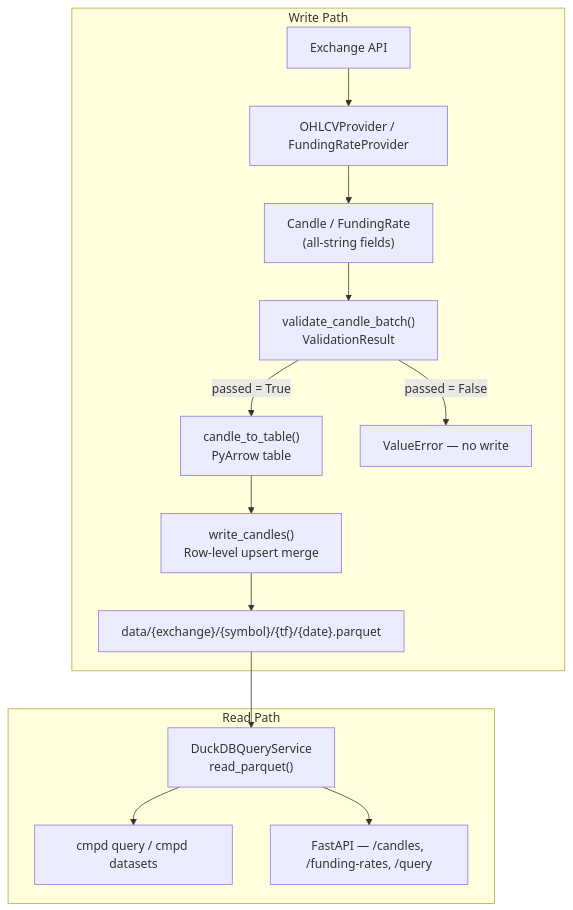
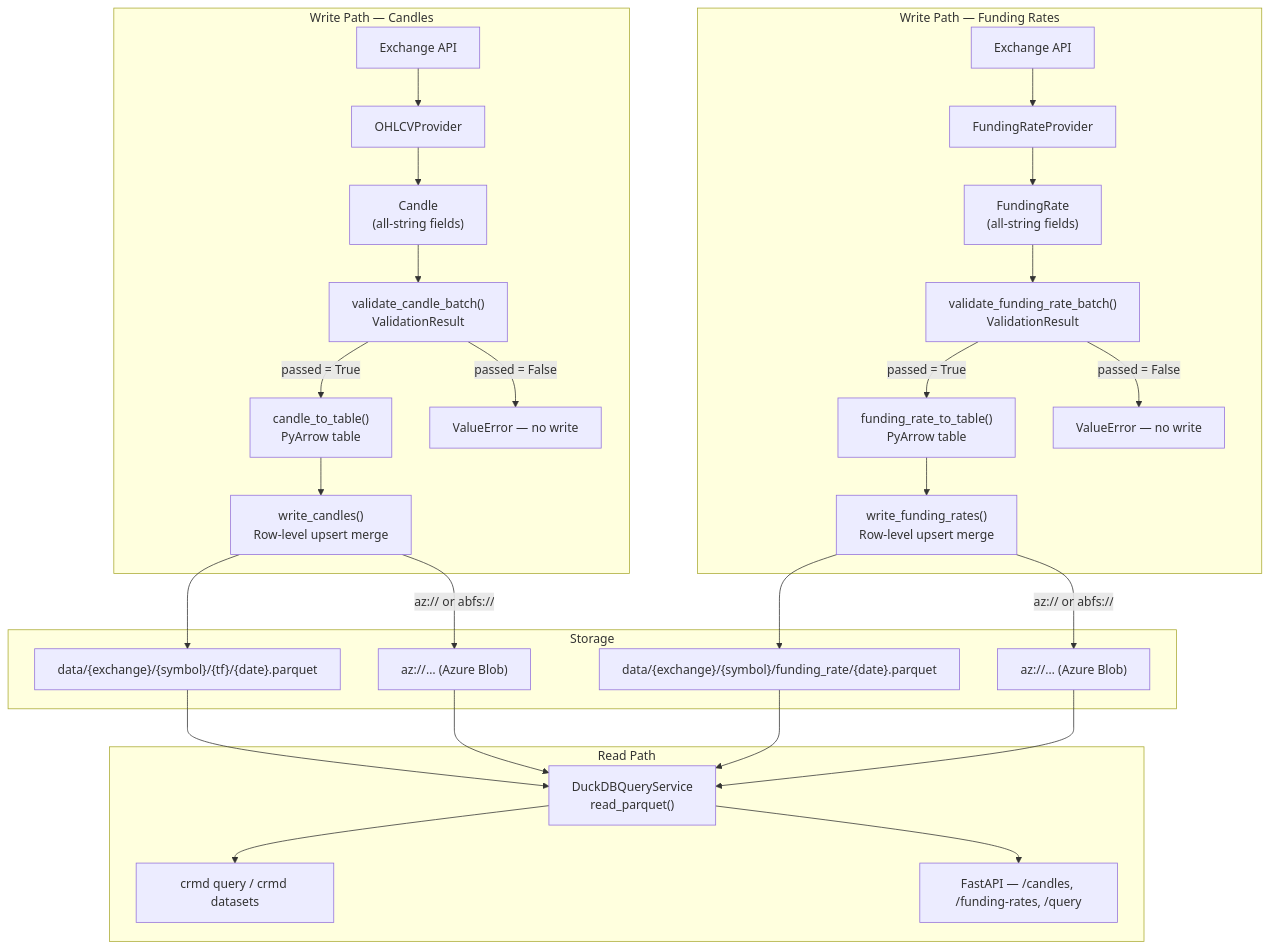
One commit to bigmikecreates/crypto-market-data-platform changed the diagram in docs/architecture.md. Above: the diagram before and after it, drawn with Mermaid. The commit also changed other lines of this file and 145 other files, not shown here.

First line of the commit message:
feat: rename cmpd → crmd_platform, add infra/auth/security, fix docs drift

````diff
--- a/docs/architecture.md
+++ b/docs/architecture.md
@@ -7,18 +7,40 @@
 ```mermaid
 graph TD
-    subgraph "Write Path"
-        P["Exchange API"] --> A["OHLCVProvider / FundingRateProvider"]
-        A --> B["Candle / FundingRate\n(all-string fields)"]
-        B --> C["validate_candle_batch()\nValidationResult"]
-        C -- "passed = True" --> D["candle_to_table()\nPyArrow table"]
-        C -- "passed = False" --> E["ValueError — no write"]
-        D --> F["write_candles()\nRow-level upsert merge"]
-        F --> G["data/{exchange}/{symbol}/{tf}/{date}.parquet"]
+    subgraph "Write Path — Candles"
+        P1["Exchange API"] --> A1["OHLCVProvider"]
+        A1 --> B1["Candle\n(all-string fields)"]
+        B1 --> C1["validate_candle_batch()\nValidationResult"]
+        C1 -- "passed = True" --> D1["candle_to_table()\nPyArrow table"]
+        C1 -- "passed = False" --> E1["ValueError — no write"]
+        D1 --> F1["write_candles()\nRow-level upsert merge"]
+    end
+
+    subgraph "Write Path — Funding Rates"
+        P2["Exchange API"] --> A2["FundingRateProvider"]
+        A2 --> B2["FundingRate\n(all-string fields)"]
+        B2 --> C2["validate_funding_rate_batch()\nValidationResult"]
+        C2 -- "passed = True" --> D2["funding_rate_to_table()\nPyArrow table"]
+        C2 -- "passed = False" --> E2["ValueError — no write"]
+        D2 --> F2["write_funding_rates()\nRow-level upsert merge"]
+    end
+
+    subgraph "Storage"
+        G1["data/{exchange}/{symbol}/{tf}/{date}.parquet"]
+        G2["data/{exchange}/{symbol}/funding_rate/{date}.parquet"]
+        G1A["az://… (Azure Blob)"]
+        G2A["az://… (Azure Blob)"]
+        F1 --> G1
+        F1 -- "az:// or abfs://" --> G1A
+        F2 --> G2
+        F2 -- "az:// or abfs://" --> G2A
     end
 
     subgraph "Read Path"
-        G --> H["DuckDBQueryService\nread_parquet()"]
-        H --> I["cmpd query / cmpd datasets"]
+        G1 --> H["DuckDBQueryService\nread_parquet()"]
+        G2 --> H
+        G1A --> H
+        G2A --> H
+        H --> I["crmd query / crmd datasets"]
         H --> J["FastAPI — /candles, /funding-rates, /query"]
     end
 ```
````
